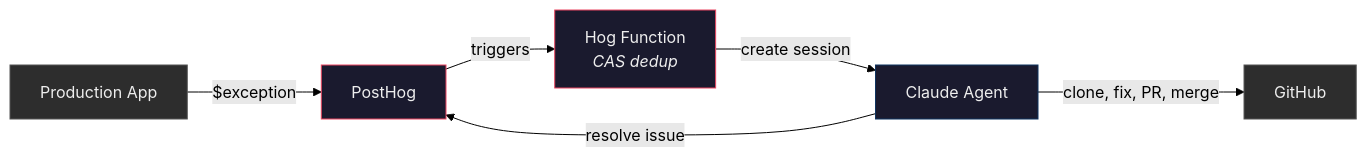
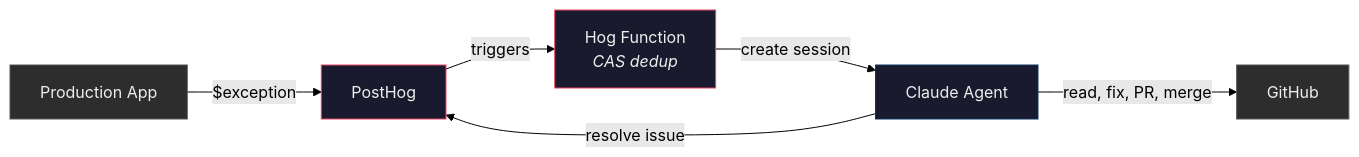
Before and after one commit to MattBro/posthog-bugfix-agent: the first of 4 diagrams in OVERVIEW.md, drawn with Mermaid (forest theme). The commit also changed other lines of this file and 4 other files, not shown here.

````diff
--- a/OVERVIEW.md
+++ b/OVERVIEW.md
@@ -3,14 +3,14 @@
 ```mermaid
 flowchart LR
     A["Production App"] -- "$exception" --> B["PostHog"]
     B -- "triggers" --> C["Hog Function<br/><i>CAS dedup</i>"]
     C -- "create session" --> D["Claude Agent"]
-    D -- "clone, fix, PR, merge" --> E["GitHub"]
+    D -- "read, fix, PR, merge" --> E["GitHub"]
     D -- "resolve issue" --> B
 
     style A fill:#2d2d2d,stroke:#555,color:#eee
     style B fill:#1a1a2e,stroke:#e94560,color:#eee
     style C fill:#1a1a2e,stroke:#e94560,color:#eee
     style D fill:#1a1a2e,stroke:#0f3460,color:#eee
     style E fill:#2d2d2d,stroke:#555,color:#eee
 ```
````
